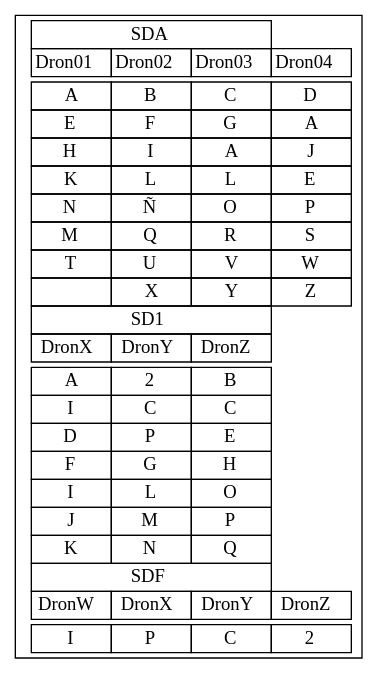
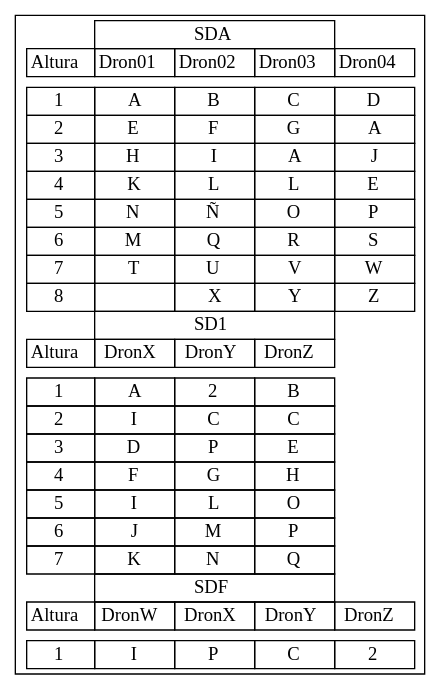
Before and after one commit to helenrodas/-IPC2_Proyecto2_202200066.: the diagram in bb.dot, drawn with Graphviz. The commit also changed 12 other files, not shown here.

```diff
--- a/bb.dot
+++ b/bb.dot
@@ -13,8 +13,8 @@
         
             <tr>
                 
-                <td border="0"></td>
-            
+        <td>Altura</td>
+                
         
                 
                     
@@ -40,48 +40,49 @@
                     
 
             
+            
         </tr>
         <tr><td border="0"></td>
-        
             
             
-        
             
             
-        
             
             
-        
             
-            </tr><tr><td border="0"></td><td>A</td>
+            
+            
+            
+            
+            </tr><tr><td border="0"></td></tr><tr><td border="1">1</td><td>A</td>
 <td>B</td>
 <td>C</td>
 <td>D</td>
-</tr><tr><td border="0"></td><td>E</td>
+</tr><tr><td border="1">2</td><td>E</td>
 <td>F</td>
 <td>G</td>
 <td>A</td>
-</tr><tr><td border="0"></td><td>H</td>
+</tr><tr><td border="1">3</td><td>H</td>
 <td>I</td>
 <td>A</td>
 <td>J</td>
-</tr><tr><td border="0"></td><td>K</td>
+</tr><tr><td border="1">4</td><td>K</td>
 <td>L</td>
 <td>L</td>
 <td>E</td>
-</tr><tr><td border="0"></td><td>N</td>
+</tr><tr><td border="1">5</td><td>N</td>
 <td>Ñ</td>
 <td>O</td>
 <td>P</td>
-</tr><tr><td border="0"></td><td>M</td>
+</tr><tr><td border="1">6</td><td>M</td>
 <td>Q</td>
 <td>R</td>
 <td>S</td>
-</tr><tr><td border="0"></td><td>T</td>
+</tr><tr><td border="1">7</td><td>T</td>
 <td>U</td>
 <td>V</td>
 <td>W</td>
-</tr><tr><td border="0"></td><td> </td>
+</tr><tr><td border="1">8</td><td> </td>
 <td>X</td>
 <td>Y</td>
 <td>Z</td>
@@ -96,8 +97,8 @@
         
             <tr>
                 
-                <td border="0"></td>
-            
+        <td>Altura</td>
+                
         
                 
                     
@@ -117,35 +118,36 @@
                     
 
             
+            
         </tr>
         <tr><td border="0"></td>
-        
             
             
-        
             
             
-        
             
-            </tr><tr><td border="0"></td><td>A</td>
+            
+            
+            
+            </tr><tr><td border="0"></td></tr><tr><td border="1">1</td><td>A</td>
 <td>2</td>
 <td>B</td>
-</tr><tr><td border="0"></td><td>I</td>
+</tr><tr><td border="1">2</td><td>I</td>
 <td>C</td>
 <td>C</td>
-</tr><tr><td border="0"></td><td>D</td>
+</tr><tr><td border="1">3</td><td>D</td>
 <td>P</td>
 <td>E</td>
-</tr><tr><td border="0"></td><td>F</td>
+</tr><tr><td border="1">4</td><td>F</td>
 <td>G</td>
 <td>H</td>
-</tr><tr><td border="0"></td><td>I</td>
+</tr><tr><td border="1">5</td><td>I</td>
 <td>L</td>
 <td>O</td>
-</tr><tr><td border="0"></td><td>J</td>
+</tr><tr><td border="1">6</td><td>J</td>
 <td>M</td>
 <td>P</td>
-</tr><tr><td border="0"></td><td>K</td>
+</tr><tr><td border="1">7</td><td>K</td>
 <td>N</td>
 <td>Q</td>
 </tr>
@@ -159,8 +161,8 @@
         
             <tr>
                 
-                <td border="0"></td>
-            
+        <td>Altura</td>
+                
         
                 
                     
@@ -186,20 +188,21 @@
                     
 
             
+            
         </tr>
         <tr><td border="0"></td>
-        
             
             
-        
             
             
-        
             
             
-        
             
-            </tr><tr><td border="0"></td><td>I</td>
+            
+            
+            
+            
+            </tr><tr><td border="0"></td></tr><tr><td border="1">1</td><td>I</td>
 <td>P</td>
 <td>C</td>
 <td>2</td>
```
